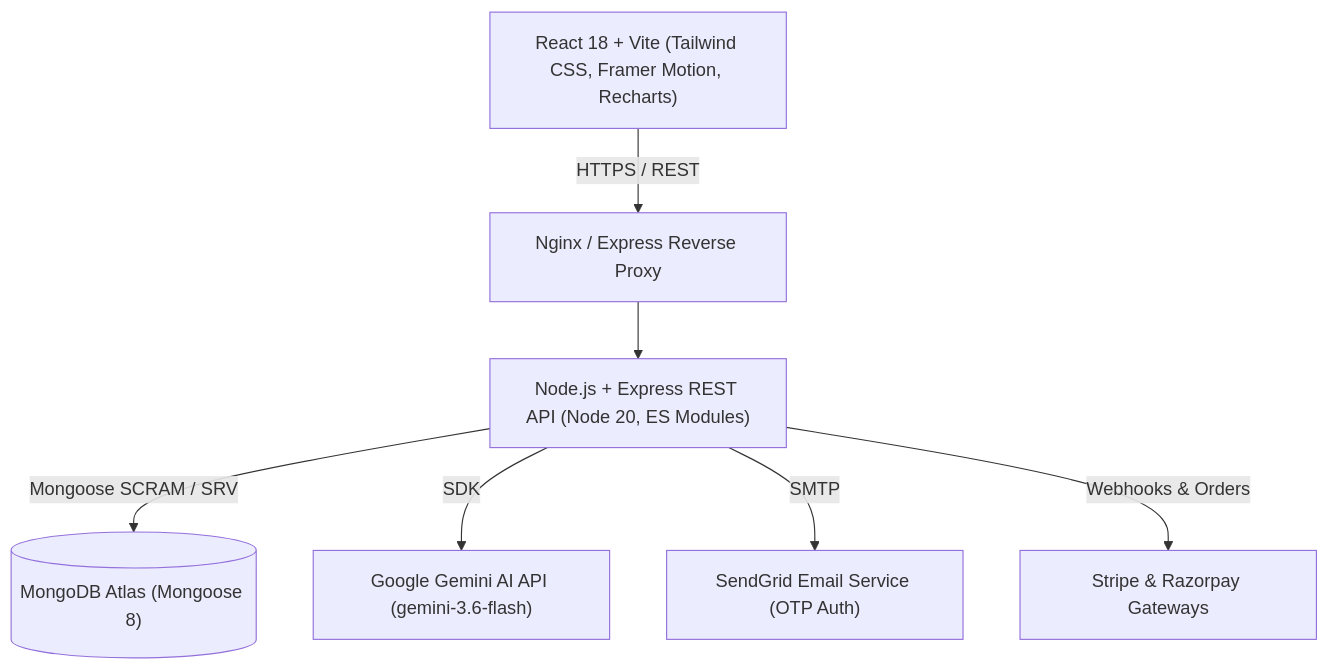
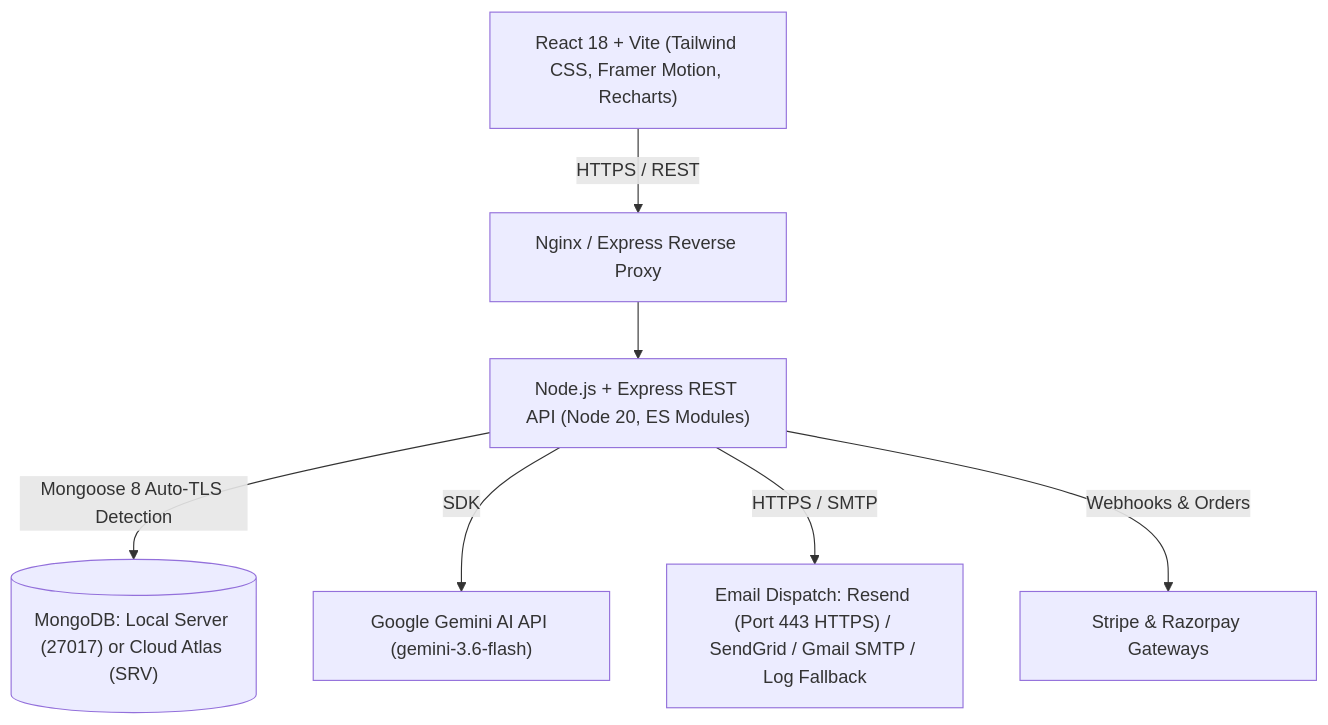
The diagram in README.md (grvd5678/ecommerce), drawn with Mermaid before and after one commit. The commit also changed other lines of this file, not shown here.

Commit message:
Update master README with Local MongoDB setup, Resend HTTPS email support, and monorepo quickstart

````diff
--- a/README.md
+++ b/README.md
@@ -39,17 +41,17 @@
 ```mermaid
 flowchart TD
     Client["React 18 + Vite (Tailwind CSS, Framer Motion, Recharts)"]
     Proxy["Nginx / Express Reverse Proxy"]
     API["Node.js + Express REST API (Node 20, ES Modules)"]
-    DB[("MongoDB Atlas (Mongoose 8)")]
+    DB[("MongoDB: Local Server (27017) or Cloud Atlas (SRV)")]
     Gemini["Google Gemini AI API (gemini-3.6-flash)"]
-    SendGrid["SendGrid Email Service (OTP Auth)"]
+    Email["Email Dispatch: Resend (Port 443 HTTPS) / SendGrid / Gmail SMTP / Log Fallback"]
     Payments["Stripe & Razorpay Gateways"]
 
     Client -->|HTTPS / REST| Proxy
     Proxy --> API
-    API -->|Mongoose SCRAM / SRV| DB
+    API -->|Mongoose 8 Auto-TLS Detection| DB
     API -->|SDK| Gemini
-    API -->|SMTP| SendGrid
+    API -->|HTTPS / SMTP| Email
     API -->|Webhooks & Orders| Payments
 ```
````
